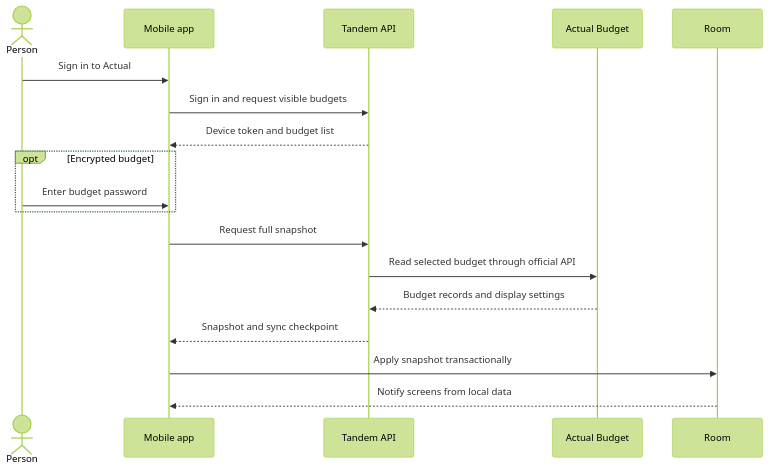
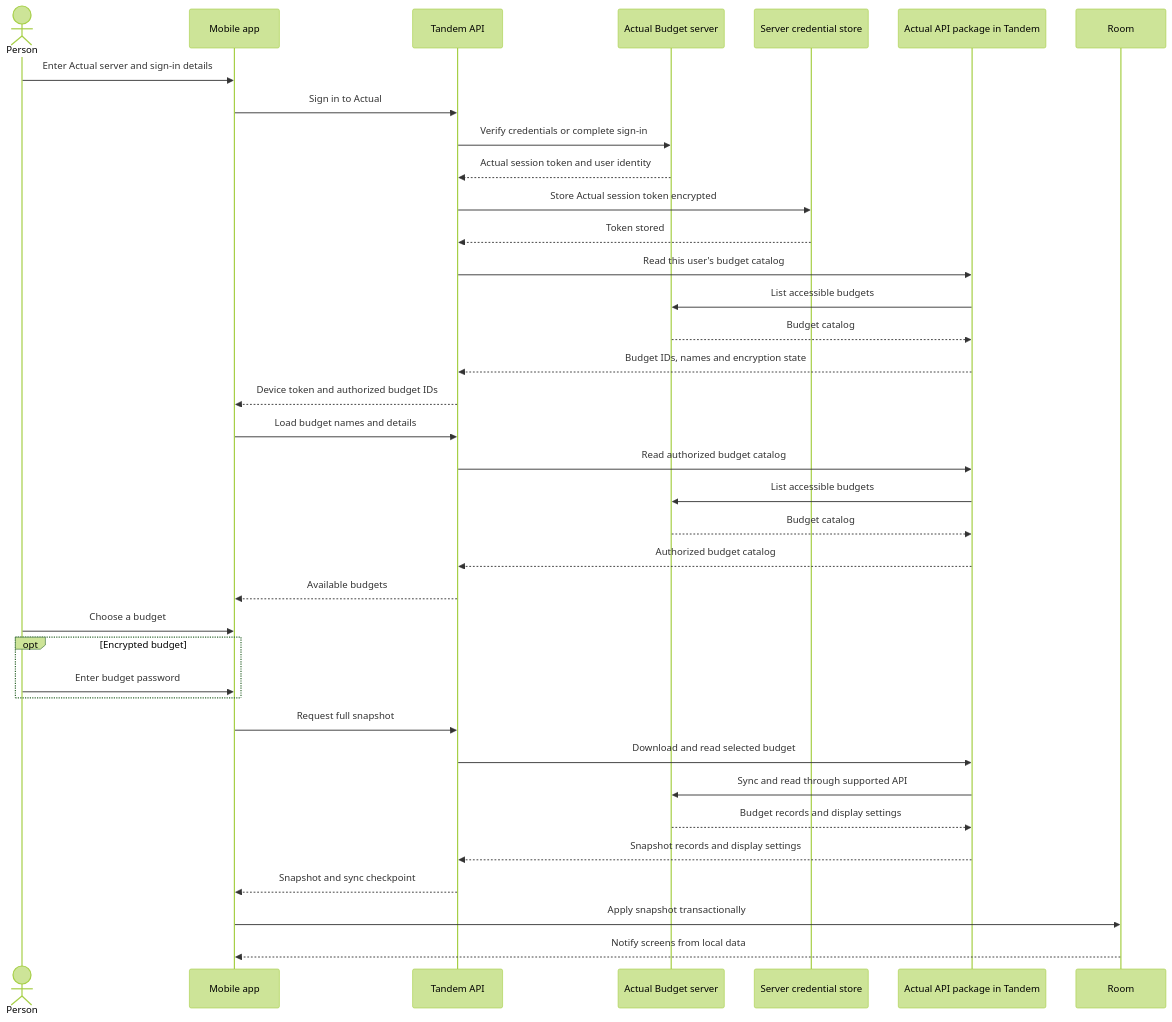
One commit to Nischay-Pro/tandem changed the second of 4 diagrams in docs/mobile-sync.md. Above: the diagram before and after it, drawn with Mermaid (forest theme). The commit also changed other lines of this file and 70 other files, not shown here.

````diff
--- a/docs/mobile-sync.md
+++ b/docs/mobile-sync.md
@@ -28,20 +29,39 @@
 ```mermaid
 sequenceDiagram
   actor Person
   participant App as Mobile app
   participant API as Tandem API
-  participant Actual as Actual Budget
+  participant Actual as Actual Budget server
+  participant Vault as Server credential store
+  participant ActualApi as Actual API package in Tandem
   participant Room
-  Person->>App: Sign in to Actual
-  App->>API: Sign in and request visible budgets
-  API-->>App: Device token and budget list
+  Person->>App: Enter Actual server and sign-in details
+  App->>API: Sign in to Actual
+  API->>Actual: Verify credentials or complete sign-in
+  Actual-->>API: Actual session token and user identity
+  API->>Vault: Store Actual session token encrypted
+  Vault-->>API: Token stored
+  API->>ActualApi: Read this user's budget catalog
+  ActualApi->>Actual: List accessible budgets
+  Actual-->>ActualApi: Budget catalog
+  ActualApi-->>API: Budget IDs, names and encryption state
+  API-->>App: Device token and authorized budget IDs
+  App->>API: Load budget names and details
+  API->>ActualApi: Read authorized budget catalog
+  ActualApi->>Actual: List accessible budgets
+  Actual-->>ActualApi: Budget catalog
+  ActualApi-->>API: Authorized budget catalog
+  API-->>App: Available budgets
+  Person->>App: Choose a budget
   opt Encrypted budget
     Person->>App: Enter budget password
   end
   App->>API: Request full snapshot
-  API->>Actual: Read selected budget through official API
-  Actual-->>API: Budget records and display settings
+  API->>ActualApi: Download and read selected budget
+  ActualApi->>Actual: Sync and read through supported API
+  Actual-->>ActualApi: Budget records and display settings
+  ActualApi-->>API: Snapshot records and display settings
   API-->>App: Snapshot and sync checkpoint
   App->>Room: Apply snapshot transactionally
   Room-->>App: Notify screens from local data
 ```
````
